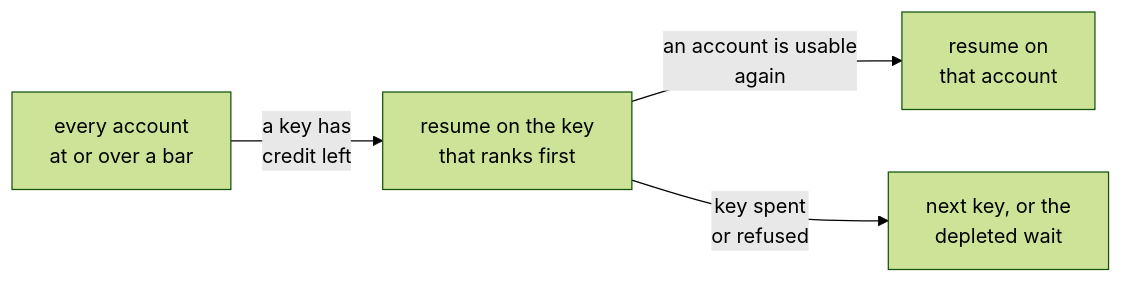
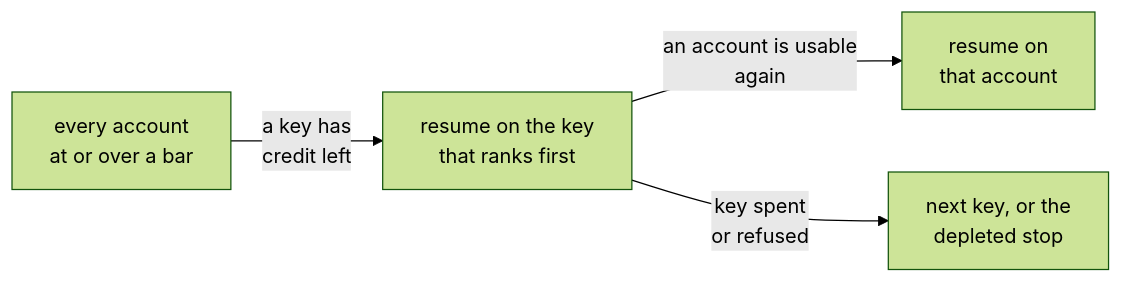
One commit to anaclumos/tokenmaxxing changed the fourth of 8 diagrams in docs/content/docs/switching.mdx. Above: the diagram before and after it, drawn with Mermaid (forest theme). The commit also changed other lines of this file and 16 other files, not shown here.

First line of the commit message:
fix: stop a depleted session with a usage-limit result instead of parking it (#428)

````diff
--- a/docs/content/docs/switching.mdx
+++ b/docs/content/docs/switching.mdx
@@ -192,6 +192,6 @@
 ```mermaid
 flowchart LR
   bar["every account<br/>at or over a bar"] -->|"a key has<br/>credit left"| key["resume on the key<br/>that ranks first"]
   key -->|"an account is usable<br/>again"| seat["resume on<br/>that account"]
-  key -->|"key spent<br/>or refused"| next["next key, or the<br/>depleted wait"]
+  key -->|"key spent<br/>or refused"| next["next key, or the<br/>depleted stop"]
 ```
````
